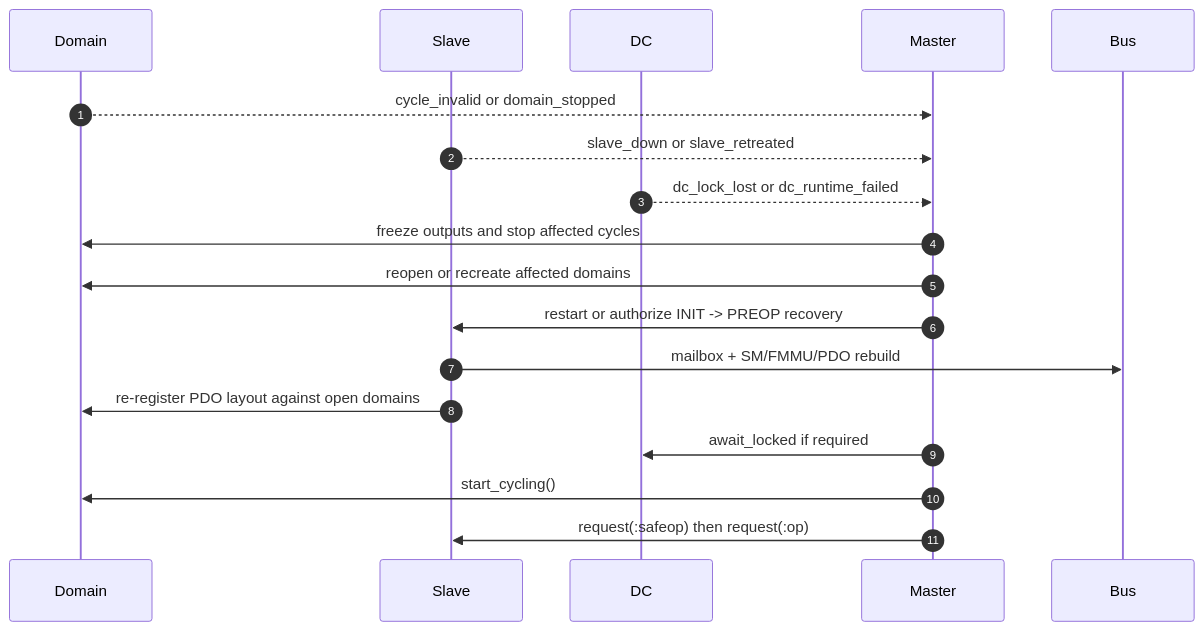
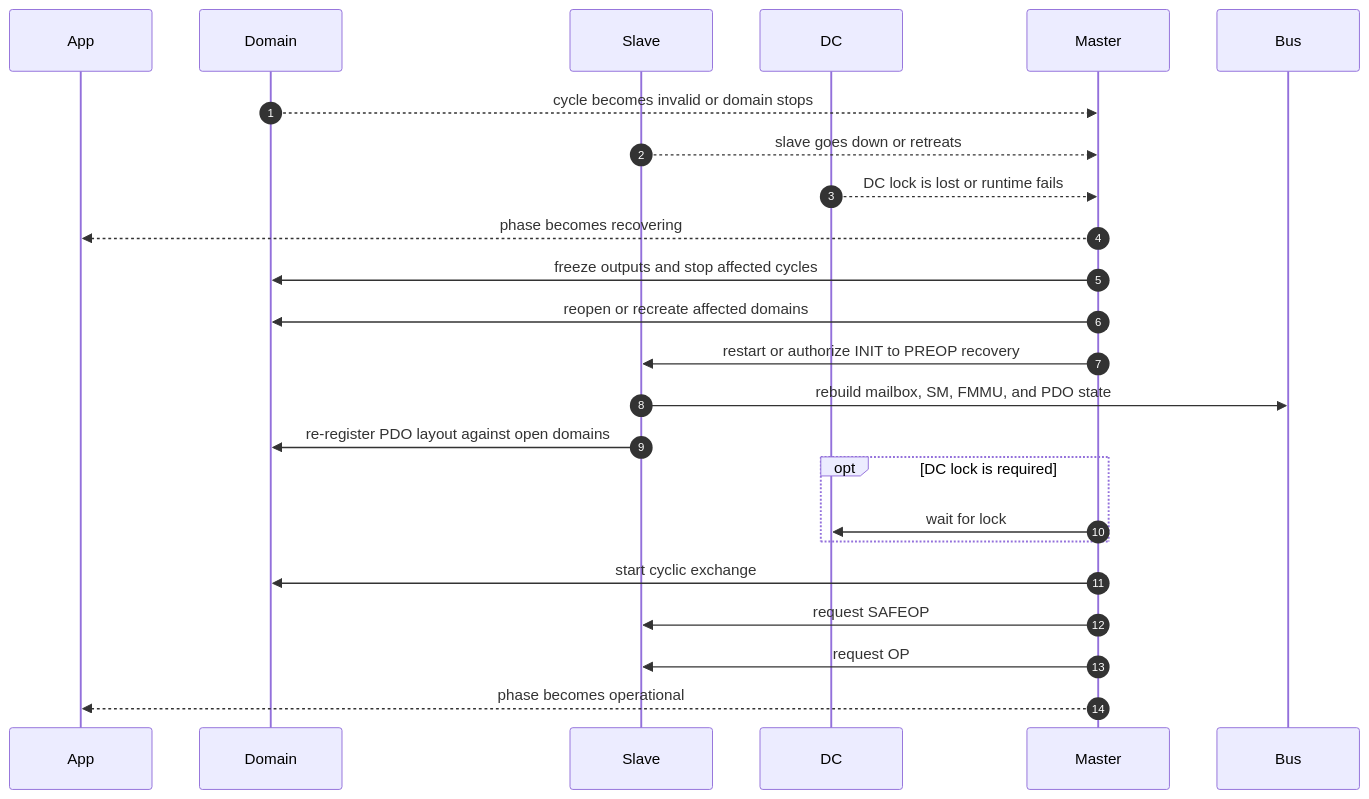
One commit to sid2baker/ethercat changed the fourth of 4 diagrams in docs/design-docs/lifecycle-spec-alignment-review.md. Above: the diagram before and after it, drawn with Mermaid. The commit also changed other lines of this file and 2 other files, not shown here.

First line of the commit message:
docs: improve Mermaid lifecycle diagrams

````diff
--- a/docs/design-docs/lifecycle-spec-alignment-review.md
+++ b/docs/design-docs/lifecycle-spec-alignment-review.md
@@ -243,21 +246,27 @@
 ```mermaid
 sequenceDiagram
     autonumber
+    participant App
     participant Domain
     participant Slave
     participant DC
     participant Master
     participant Bus
 
-    Domain-->>Master: cycle_invalid or domain_stopped
-    Slave-->>Master: slave_down or slave_retreated
-    DC-->>Master: dc_lock_lost or dc_runtime_failed
+    Domain-->>Master: cycle becomes invalid or domain stops
+    Slave-->>Master: slave goes down or retreats
+    DC-->>Master: DC lock is lost or runtime fails
+    Master-->>App: phase becomes recovering
     Master->>Domain: freeze outputs and stop affected cycles
     Master->>Domain: reopen or recreate affected domains
-    Master->>Slave: restart or authorize INIT -> PREOP recovery
-    Slave->>Bus: mailbox + SM/FMMU/PDO rebuild
+    Master->>Slave: restart or authorize INIT to PREOP recovery
+    Slave->>Bus: rebuild mailbox, SM, FMMU, and PDO state
     Slave->>Domain: re-register PDO layout against open domains
-    Master->>DC: await_locked if required
-    Master->>Domain: start_cycling()
-    Master->>Slave: request(:safeop) then request(:op)
+    opt DC lock is required
+        Master->>DC: wait for lock
+    end
+    Master->>Domain: start cyclic exchange
+    Master->>Slave: request SAFEOP
+    Master->>Slave: request OP
+    Master-->>App: phase becomes operational
 ```
````
